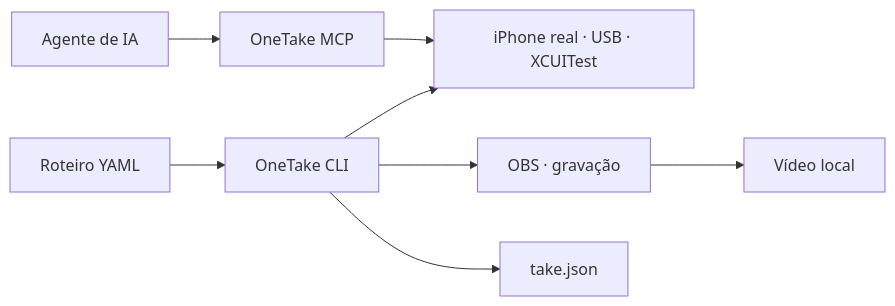
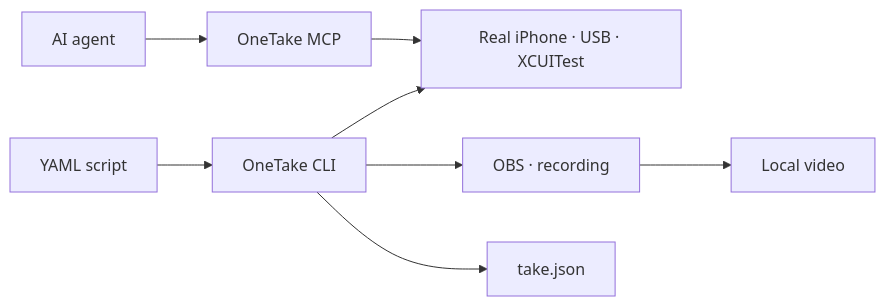
One commit to anboia/onetake changed the diagram in README.md. Above: the diagram before and after it, drawn with Mermaid. The commit also changed other lines of this file and 17 other files, not shown here.

````diff
--- a/README.md
+++ b/README.md
@@ -22,10 +22,10 @@
 ```mermaid
 flowchart LR
-  A[Roteiro YAML] --> B[OneTake CLI]
-  B --> C[iPhone real · USB · XCUITest]
-  B --> D[OBS · gravação]
-  E[Agente de IA] --> F[OneTake MCP]
+  A[YAML script] --> B[OneTake CLI]
+  B --> C[Real iPhone · USB · XCUITest]
+  B --> D[OBS · recording]
+  E[AI agent] --> F[OneTake MCP]
   F --> C
-  D --> G[Vídeo local]
+  D --> G[Local video]
   B --> H[take.json]
 ```
````
